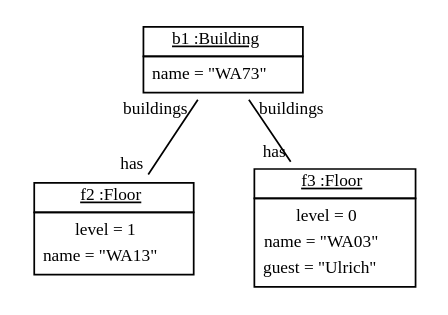
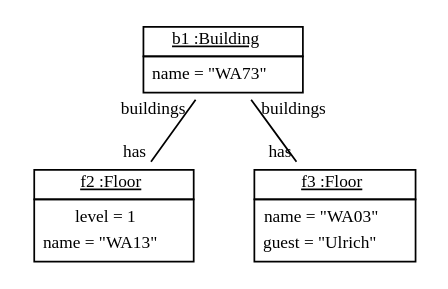
One commit to fujaba/SDMLib changed the diagram in doc/GenericObjectDiagram16.dot. Above: the diagram before and after it, drawn with Graphviz. The commit also changed 257 other files, not shown here.

```diff
--- a/doc/GenericObjectDiagram16.dot
+++ b/doc/GenericObjectDiagram16.dot
@@ -1,11 +1,12 @@
 graph ObjectDiagram {
    node [shape = none, fontsize = 10];
    edge [fontsize = 10];
+   compound=true;
 
 b1 [label=<<table border='0' cellborder='1' cellspacing='0'> <tr> <td> <u>b1 :Building</u></td></tr><tr><td><table border='0' cellborder='0' cellspacing='0'><tr><td>name = "WA73"</td></tr></table></td></tr></table>>];
 f2 [label=<<table border='0' cellborder='1' cellspacing='0'> <tr> <td> <u>f2 :Floor</u></td></tr><tr><td><table border='0' cellborder='0' cellspacing='0'><tr><td>level = 1</td></tr><tr><td>name = "WA13"</td></tr></table></td></tr></table>>];
-f3 [label=<<table border='0' cellborder='1' cellspacing='0'> <tr> <td> <u>f3 :Floor</u></td></tr><tr><td><table border='0' cellborder='0' cellspacing='0'><tr><td>level = 0</td></tr><tr><td>name = "WA03"</td></tr><tr><td>guest = "Ulrich"</td></tr></table></td></tr></table>>];
+f3 [label=<<table border='0' cellborder='1' cellspacing='0'> <tr> <td> <u>f3 :Floor</u></td></tr><tr><td><table border='0' cellborder='0' cellspacing='0'><tr><td>name = "WA03"</td></tr><tr><td>guest = "Ulrich"</td></tr></table></td></tr></table>>];
 
 b1 -- f2 [headlabel = "has" taillabel = "buildings"];
 b1 -- f3 [headlabel = "has" taillabel = "buildings"];
 }
```
